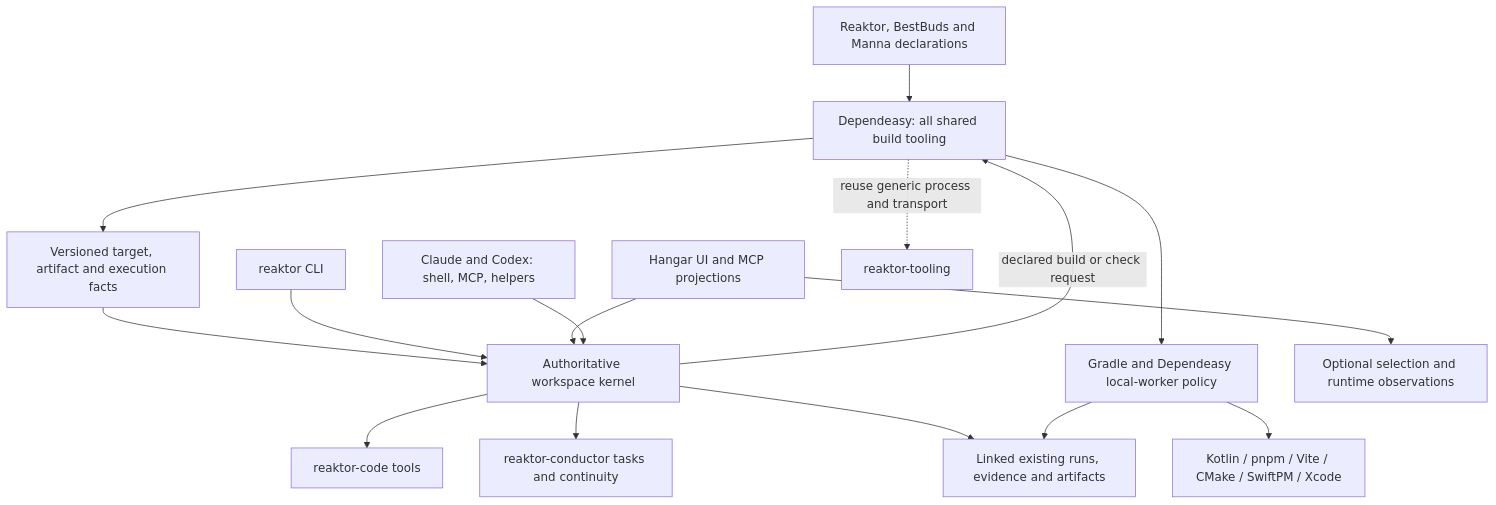
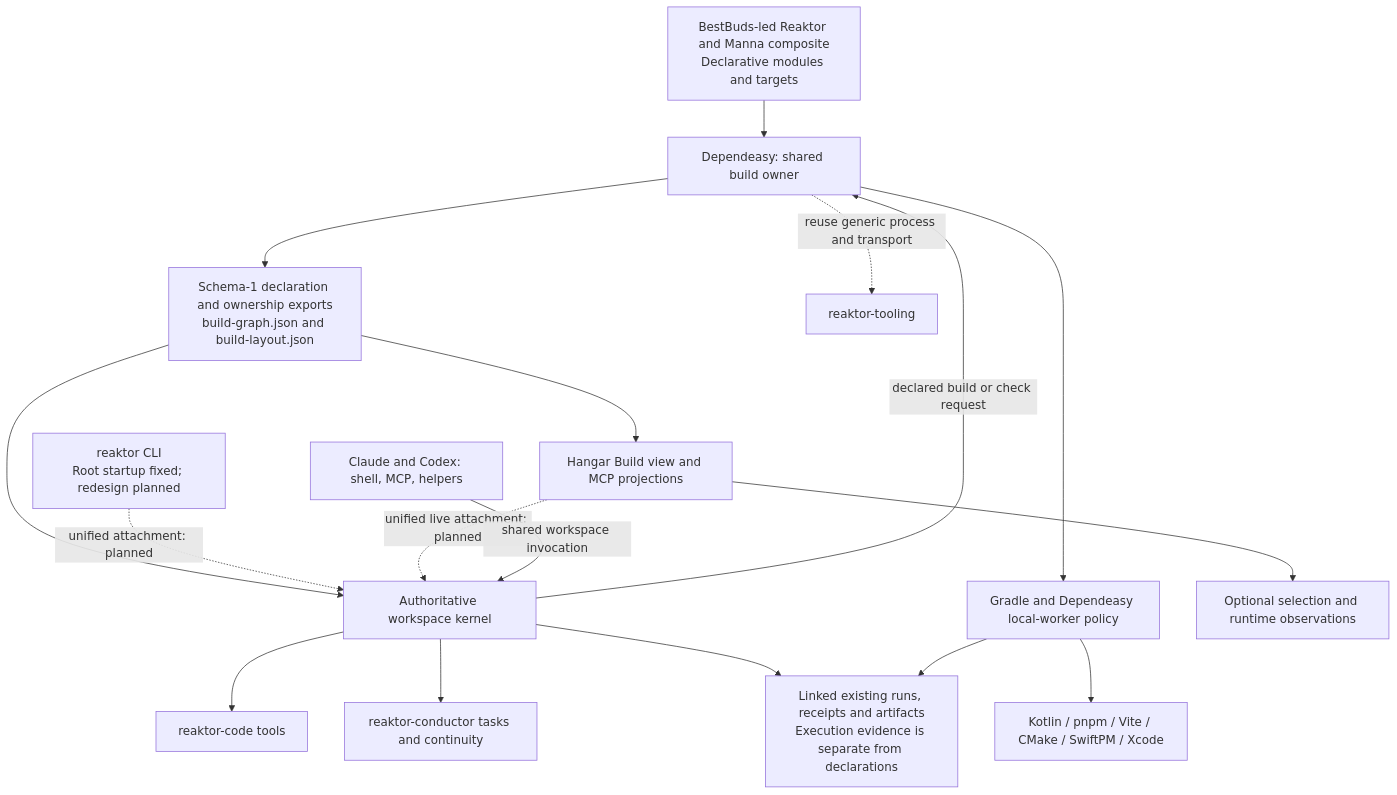
The diagram in plans/cli-kernel-hld.md (shibasis0801/reaktor), drawn with Mermaid before and after one commit. The commit also changed other lines of this file and 83 other files, not shown here.

````diff
--- a/plans/cli-kernel-hld.md
+++ b/plans/cli-kernel-hld.md
@@ -27,18 +27,19 @@
 ```mermaid
 flowchart TB
-    Declarations["Reaktor, BestBuds and Manna declarations"] --> Dependeasy["Dependeasy: all shared build tooling"]
-    Dependeasy --> Export["Versioned target, artifact and execution facts"]
+    Declarations["BestBuds-led Reaktor and Manna composite<br/>Declarative modules and targets"] --> Dependeasy["Dependeasy: shared build owner"]
+    Dependeasy --> Export["Schema-1 declaration and ownership exports<br/>build-graph.json and build-layout.json"]
     Export --> Kernel["Authoritative workspace kernel"]
-    CLI["reaktor CLI"] --> Kernel
-    Hangar["Hangar UI and MCP projections"] --> Kernel
-    Agents["Claude and Codex: shell, MCP, helpers"] --> Kernel
+    Export --> Hangar["Hangar Build view and MCP projections"]
+    CLI["reaktor CLI<br/>Root startup fixed; redesign planned"] -.->|unified attachment: planned| Kernel
+    Hangar -.->|unified live attachment: planned| Kernel
+    Agents["Claude and Codex: shell, MCP, helpers"] -->|shared workspace invocation| Kernel
     Kernel -->|declared build or check request| Dependeasy
     Dependeasy --> Build["Gradle and Dependeasy local-worker policy"]
     Build --> Engines["Kotlin / pnpm / Vite / CMake / SwiftPM / Xcode"]
     Dependeasy -.->|reuse generic process and transport| Tooling["reaktor-tooling"]
     Kernel --> Code["reaktor-code tools"]
     Kernel --> Conductor["reaktor-conductor tasks and continuity"]
-    Kernel --> Receipts["Linked existing runs, evidence and artifacts"]
+    Kernel --> Receipts["Linked existing runs, receipts and artifacts<br/>Execution evidence is separate from declarations"]
     Build --> Receipts
     Hangar --> Desktop["Optional selection and runtime observations"]
 ```
````
